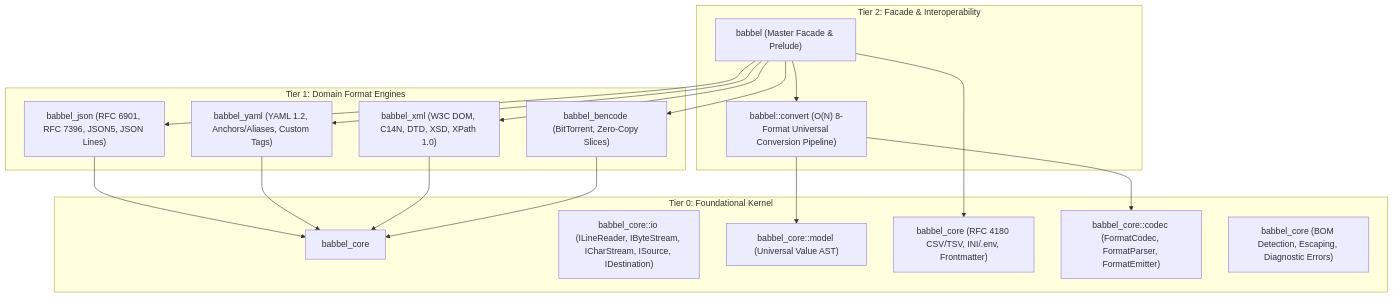
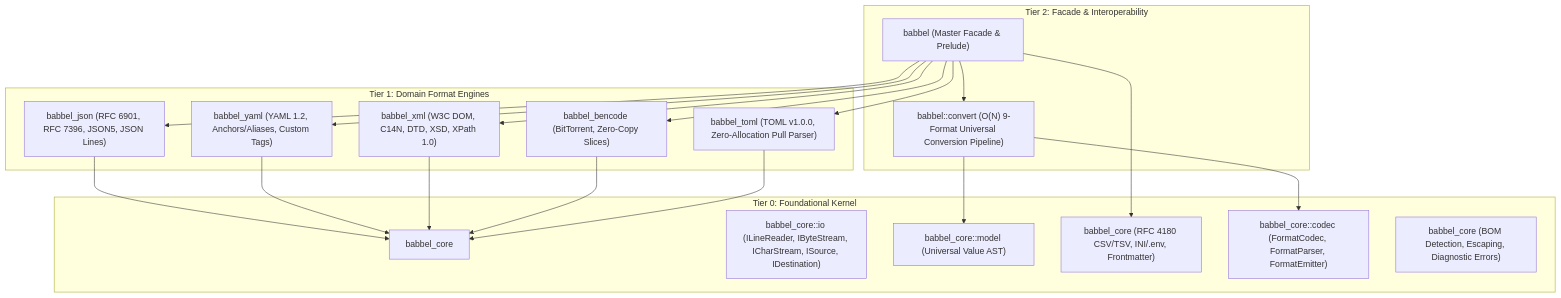
One commit to clockworkengineer/babbel changed the diagram in docs/ARCHITECTURE.md. Above: the diagram before and after it, drawn with Mermaid. The commit also changed other lines of this file and 35 other files, not shown here.

First line of the commit message:
feat(toml): add native TOML v1.1.0 engine, facade integration, and conversion pipeline

````diff
--- a/docs/ARCHITECTURE.md
+++ b/docs/ARCHITECTURE.md
@@ -11,37 +11,40 @@
 ```mermaid
 graph TD
     subgraph "Tier 2: Facade & Interoperability"
         Babbel["babbel (Master Facade & Prelude)"]
-        Convert["babbel::convert (O(N) 8-Format Universal Conversion Pipeline)"]
+        Convert["babbel::convert (O(N) 9-Format Universal Conversion Pipeline)"]
     end
 
     subgraph "Tier 1: Domain Format Engines"
         JSON["babbel_json (RFC 6901, RFC 7396, JSON5, JSON Lines)"]
         YAML["babbel_yaml (YAML 1.2, Anchors/Aliases, Custom Tags)"]
         XML["babbel_xml (W3C DOM, C14N, DTD, XSD, XPath 1.0)"]
         Bencode["babbel_bencode (BitTorrent, Zero-Copy Slices)"]
+        TOML["babbel_toml (TOML v1.0.0, Zero-Allocation Pull Parser)"]
     end
 
     subgraph "Tier 0: Foundational Kernel"
         Core["babbel_core"]
         CoreIO["babbel_core::io (ILineReader, IByteStream, ICharStream, ISource, IDestination)"]
         CoreAST["babbel_core::model (Universal Value AST)"]
         CoreText["babbel_core (RFC 4180 CSV/TSV, INI/.env, Frontmatter)"]
         CoreCodec["babbel_core::codec (FormatCodec, FormatParser, FormatEmitter)"]
         CoreUtils["babbel_core (BOM Detection, Escaping, Diagnostic Errors)"]
     end
 
     Babbel --> Convert
     Convert --> CoreAST
     Convert --> CoreCodec
     Babbel --> JSON
     Babbel --> YAML
     Babbel --> XML
     Babbel --> Bencode
+    Babbel --> TOML
     Babbel --> CoreText
 
     JSON --> Core
     YAML --> Core
     XML --> Core
     Bencode --> Core
+    TOML --> Core
 ```
````
